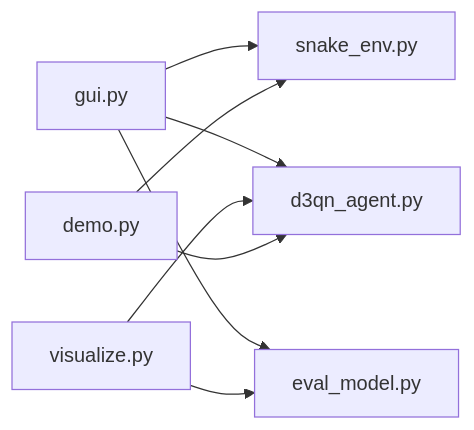
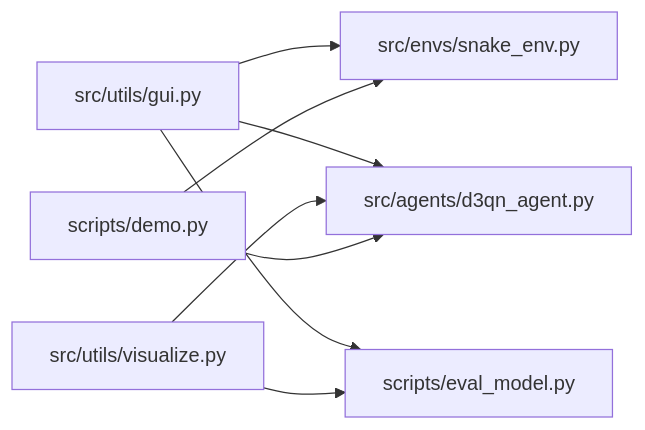
One commit to fuweiq94-cloud/3399180760000 changed the sixth of 6 diagrams in .qoder/repowiki/zh/content/演示和测试/图形用户界面.md. Above: the diagram before and after it, drawn with Mermaid. The commit also changed other lines of this file and 75 other files, not shown here.

````diff
--- a/.qoder/repowiki/zh/content/演示和测试/图形用户界面.md
+++ b/.qoder/repowiki/zh/content/演示和测试/图形用户界面.md
@@ -281,10 +292,10 @@
 ```mermaid
 graph LR
-G["gui.py"] --> S["snake_env.py"]
-G --> A["d3qn_agent.py"]
-G --> E["eval_model.py"]
-V["visualize.py"] --> E
+G["src/utils/gui.py"] --> S["src/envs/snake_env.py"]
+G --> A["src/agents/d3qn_agent.py"]
+G --> E["scripts/eval_model.py"]
+V["src/utils/visualize.py"] --> E
 V --> A
-D["demo.py"] --> S
+D["scripts/demo.py"] --> S
 D --> A
 ```
````
